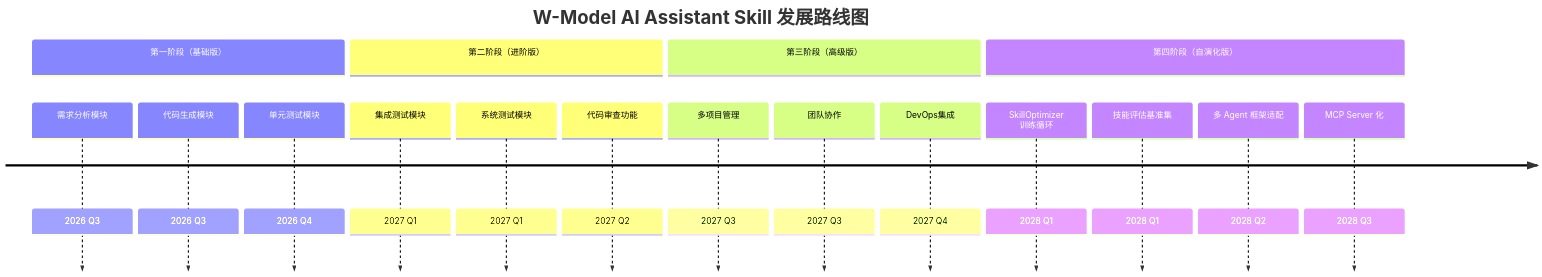
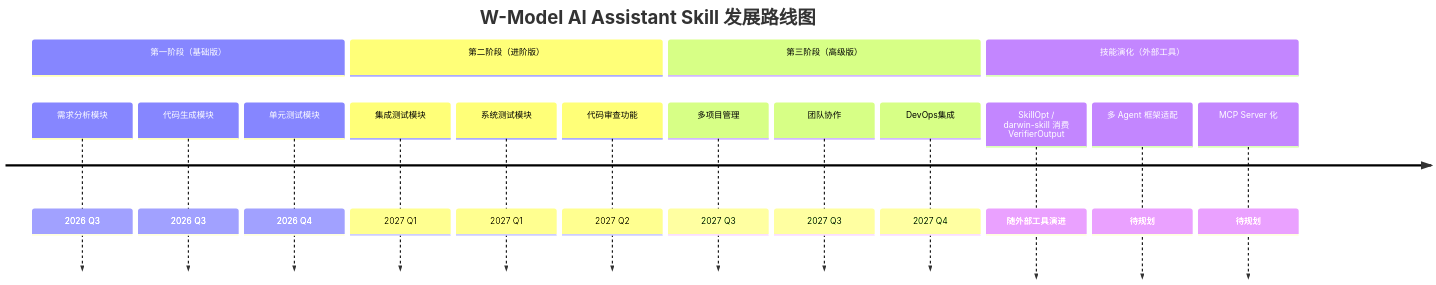
One commit to WangHHY19931001/Software_Engineering_W_Development_Model_Skills_Pack changed diagram 12 of 12 in docs/skill-design-document_SSoT.md. Above: the diagram before and after it, drawn with Mermaid. The commit also changed other lines of this file and 36 other files, not shown here.

````diff
--- a/docs/skill-design-document_SSoT.md
+++ b/docs/skill-design-document_SSoT.md
@@ -1045,21 +958,20 @@
 ```mermaid
 timeline
     title W-Model AI Assistant Skill 发展路线图
     section 第一阶段（基础版）
         需求分析模块 : 2026 Q3
         代码生成模块 : 2026 Q3
         单元测试模块 : 2026 Q4
     section 第二阶段（进阶版）
         集成测试模块 : 2027 Q1
         系统测试模块 : 2027 Q1
         代码审查功能 : 2027 Q2
     section 第三阶段（高级版）
         多项目管理 : 2027 Q3
         团队协作 : 2027 Q3
         DevOps集成 : 2027 Q4
-    section 第四阶段（自演化版）
-        SkillOptimizer 训练循环 : 2028 Q1
-        技能评估基准集 : 2028 Q1
-        多 Agent 框架适配 : 2028 Q2
-        MCP Server 化 : 2028 Q3
+    section 技能演化（外部工具）
+        SkillOpt / darwin-skill 消费 VerifierOutput : 随外部工具演进
+        多 Agent 框架适配 : 待规划
+        MCP Server 化 : 待规划
 ```
````
